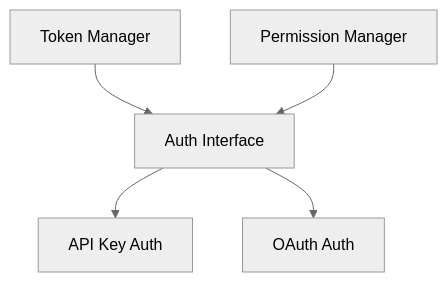
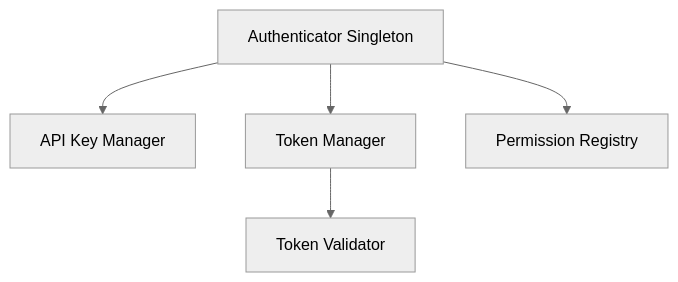
Before and after one commit to docxology/codomyrmex: the diagram in src/codomyrmex/auth/SPEC.md, drawn with Mermaid (neutral theme). The commit also changed other lines of this file and 258 other files, not shown here.

````diff
--- a/src/codomyrmex/auth/SPEC.md
+++ b/src/codomyrmex/auth/SPEC.md
@@ -49,13 +37,13 @@
 ```mermaid
 graph TD
-    AuthInterface[Auth Interface]
-    APIKeyAuth[API Key Auth]
-    OAuthAuth[OAuth Auth]
+    Authenticator[Authenticator Singleton]
+    APIKeyManager[API Key Manager]
     TokenManager[Token Manager]
-    PermissionManager[Permission Manager]
+    PermissionRegistry[Permission Registry]
+    TokenValidator[Token Validator]
     
-    AuthInterface --> APIKeyAuth
-    AuthInterface --> OAuthAuth
-    TokenManager --> AuthInterface
-    PermissionManager --> AuthInterface
+    Authenticator --> APIKeyManager
+    Authenticator --> TokenManager
+    Authenticator --> PermissionRegistry
+    TokenManager --> TokenValidator
 ```
````
